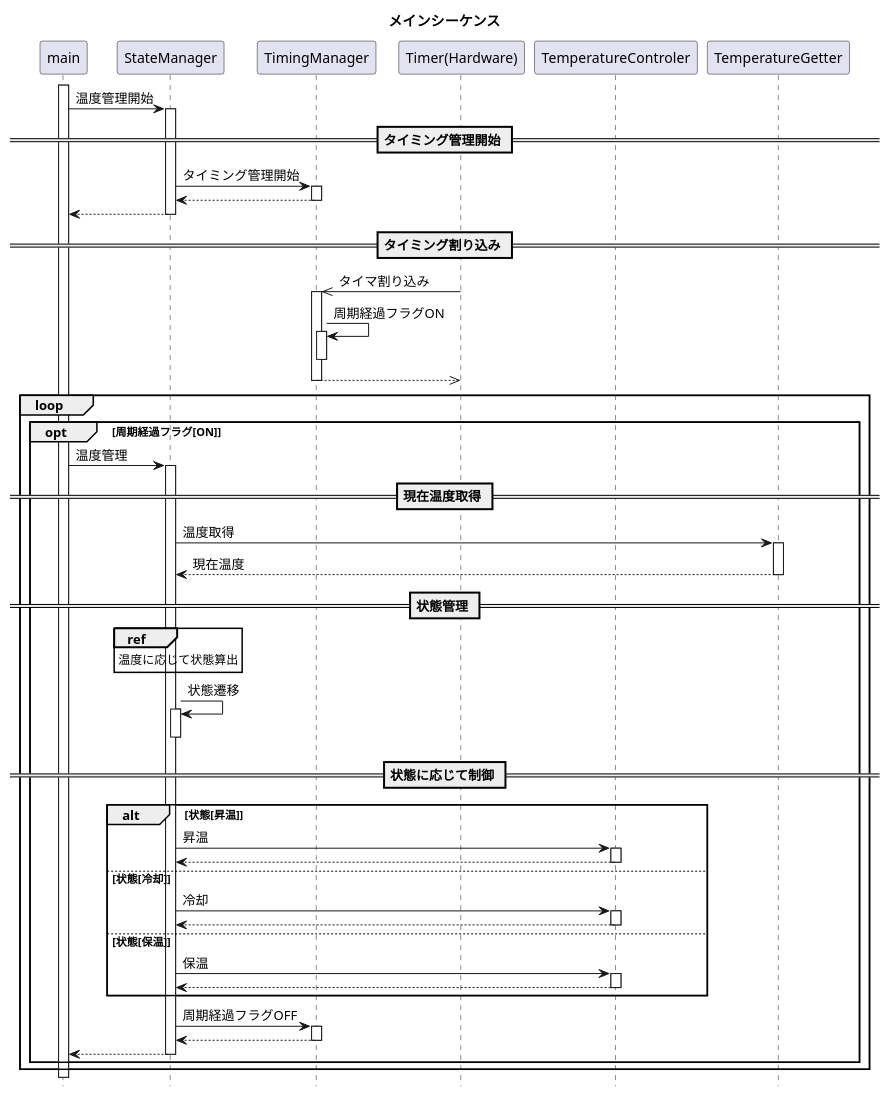
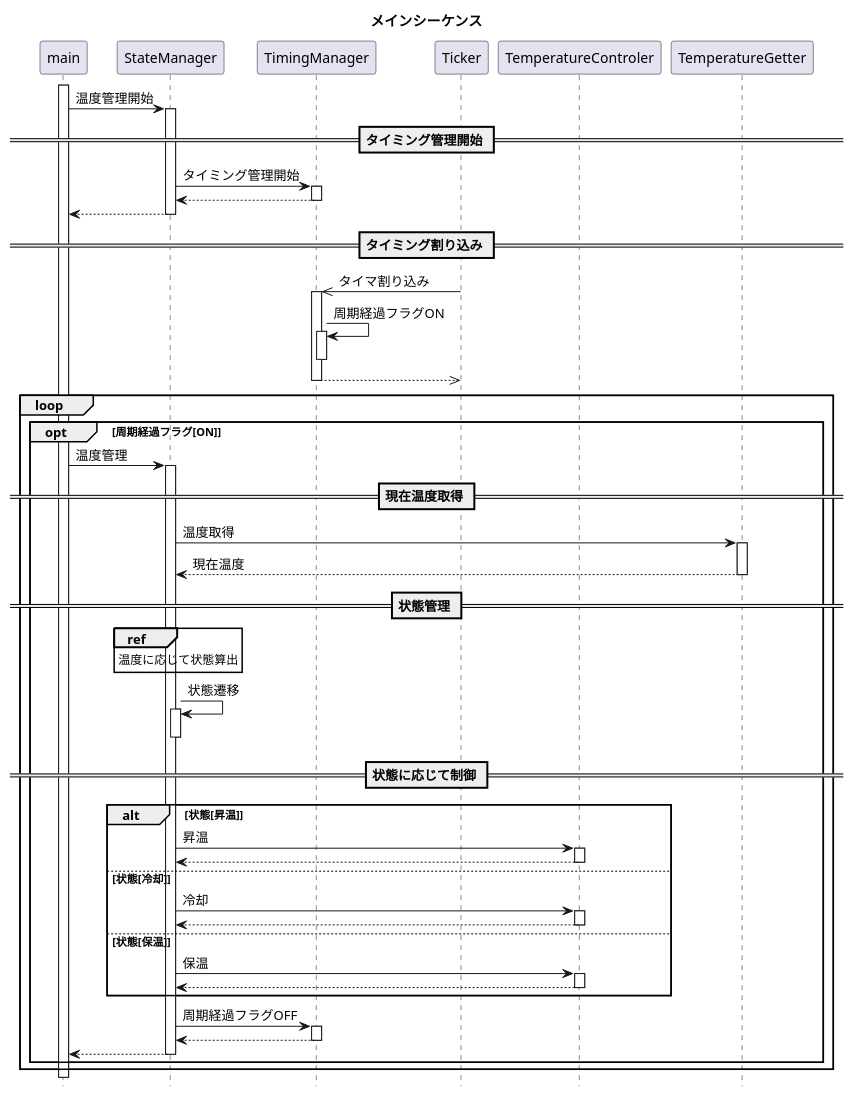
The diagram in UML/sequence/mainsequence.plantuml (goheisystem/softwareDocuments), drawn with PlantUML before and after one commit. The commit also changed 2 other files, not shown here.

Commit message:
main sequence  タイマを, MBEDのクラスTickerで置き換え TimingManager, TemperatureGetterクラス追加

```diff
--- a/UML/sequence/mainsequence.plantuml
+++ b/UML/sequence/mainsequence.plantuml
@@ -1,81 +1,81 @@
 @startuml
 
 hide footbox
 
 title メインシーケンス
 
 
 participant "main" as FuncMain
 participant "StateManager" as ClassStateManager
 participant "TimingManager" as ClassTimingManager
-participant "Timer(Hardware)" as HardwareTimer
+participant "Ticker" as ClassTicker
 participant "TemperatureControler" as ClassTemperatureControler
 participant "TemperatureGetter" as ClassTemperatureGetter
 
 activate FuncMain
 
 FuncMain -> ClassStateManager : 温度管理開始
   activate ClassStateManager
 
 == タイミング管理開始 ==
 ClassStateManager -> ClassTimingManager : タイミング管理開始
   activate ClassTimingManager
 ClassStateManager <-- ClassTimingManager
   deactivate ClassTimingManager
 
 FuncMain <-- ClassStateManager
   deactivate ClassStateManager
 
 == タイミング割り込み ==
-ClassTimingManager <<- HardwareTimer : タイマ割り込み
+ClassTimingManager <<- ClassTicker : タイマ割り込み
   activate ClassTimingManager
 ClassTimingManager -> ClassTimingManager : 周期経過フラグON
   activate ClassTimingManager
   deactivate ClassTimingManager
-ClassTimingManager -->> HardwareTimer
+ClassTimingManager -->> ClassTicker
   deactivate ClassTimingManager
 
 loop
   opt 周期経過フラグ[ON]
   FuncMain -> ClassStateManager : 温度管理
     activate ClassStateManager
     == 現在温度取得 ==
     ClassStateManager -> ClassTemperatureGetter : 温度取得
       activate ClassTemperatureGetter
     ClassStateManager <-- ClassTemperatureGetter : 現在温度
       deactivate ClassTemperatureGetter
 
     == 状態管理 ==
     ref over ClassStateManager : 温度に応じて状態算出
 
     ClassStateManager -> ClassStateManager : 状態遷移
       activate ClassStateManager
       deactivate ClassStateManager
 
     == 状態に応じて制御 ==
     alt 状態[昇温]
       ClassStateManager -> ClassTemperatureControler : 昇温
         activate ClassTemperatureControler
       ClassStateManager <-- ClassTemperatureControler
         deactivate ClassTemperatureControler
     else 状態[冷却]
       ClassStateManager -> ClassTemperatureControler : 冷却
         activate ClassTemperatureControler
       ClassStateManager <-- ClassTemperatureControler
         deactivate ClassTemperatureControler
     else 状態[保温]
       ClassStateManager -> ClassTemperatureControler : 保温
         activate ClassTemperatureControler
       ClassStateManager <-- ClassTemperatureControler
         deactivate ClassTemperatureControler
     end
     ClassStateManager -> ClassTimingManager :  周期経過フラグOFF
       activate ClassTimingManager
     ClassStateManager <-- ClassTimingManager
       deactivate ClassTimingManager
 
     FuncMain <-- ClassStateManager
       deactivate ClassStateManager
   end
 end
 @enduml
```
